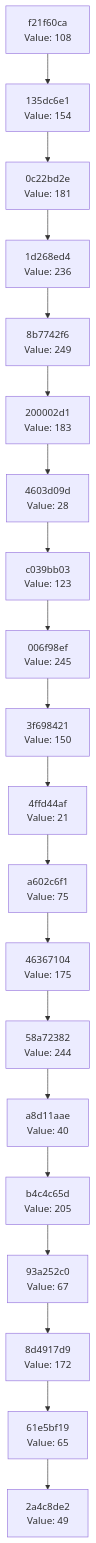
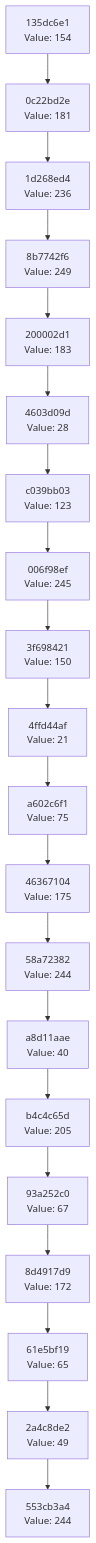
The diagram in docs/CHAIN_VISUALIZATION.md (Abhisheksinha1506/hash-chain-evolver), drawn with Mermaid before and after one commit. The commit also changed 3 other files, not shown here.

````diff
--- a/docs/CHAIN_VISUALIZATION.md
+++ b/docs/CHAIN_VISUALIZATION.md
@@ -3,42 +3,42 @@
 ```mermaid
 graph TD
-    C0["2a4c8de2<br/>Value: 49"]
-    C1["61e5bf19<br/>Value: 65"]
+    C0["553cb3a4<br/>Value: 244"]
+    C1["2a4c8de2<br/>Value: 49"]
     C1 --> C0
-    C2["8d4917d9<br/>Value: 172"]
+    C2["61e5bf19<br/>Value: 65"]
     C2 --> C1
-    C3["93a252c0<br/>Value: 67"]
+    C3["8d4917d9<br/>Value: 172"]
     C3 --> C2
-    C4["b4c4c65d<br/>Value: 205"]
+    C4["93a252c0<br/>Value: 67"]
     C4 --> C3
-    C5["a8d11aae<br/>Value: 40"]
+    C5["b4c4c65d<br/>Value: 205"]
     C5 --> C4
-    C6["58a72382<br/>Value: 244"]
+    C6["a8d11aae<br/>Value: 40"]
     C6 --> C5
-    C7["46367104<br/>Value: 175"]
+    C7["58a72382<br/>Value: 244"]
     C7 --> C6
-    C8["a602c6f1<br/>Value: 75"]
+    C8["46367104<br/>Value: 175"]
     C8 --> C7
-    C9["4ffd44af<br/>Value: 21"]
+    C9["a602c6f1<br/>Value: 75"]
     C9 --> C8
-    C10["3f698421<br/>Value: 150"]
+    C10["4ffd44af<br/>Value: 21"]
     C10 --> C9
-    C11["006f98ef<br/>Value: 245"]
+    C11["3f698421<br/>Value: 150"]
     C11 --> C10
-    C12["c039bb03<br/>Value: 123"]
+    C12["006f98ef<br/>Value: 245"]
     C12 --> C11
-    C13["4603d09d<br/>Value: 28"]
+    C13["c039bb03<br/>Value: 123"]
     C13 --> C12
-    C14["200002d1<br/>Value: 183"]
+    C14["4603d09d<br/>Value: 28"]
     C14 --> C13
-    C15["8b7742f6<br/>Value: 249"]
+    C15["200002d1<br/>Value: 183"]
     C15 --> C14
-    C16["1d268ed4<br/>Value: 236"]
+    C16["8b7742f6<br/>Value: 249"]
     C16 --> C15
-    C17["0c22bd2e<br/>Value: 181"]
+    C17["1d268ed4<br/>Value: 236"]
     C17 --> C16
-    C18["135dc6e1<br/>Value: 154"]
+    C18["0c22bd2e<br/>Value: 181"]
     C18 --> C17
-    C19["f21f60ca<br/>Value: 108"]
+    C19["135dc6e1<br/>Value: 154"]
     C19 --> C18
 ```
````
